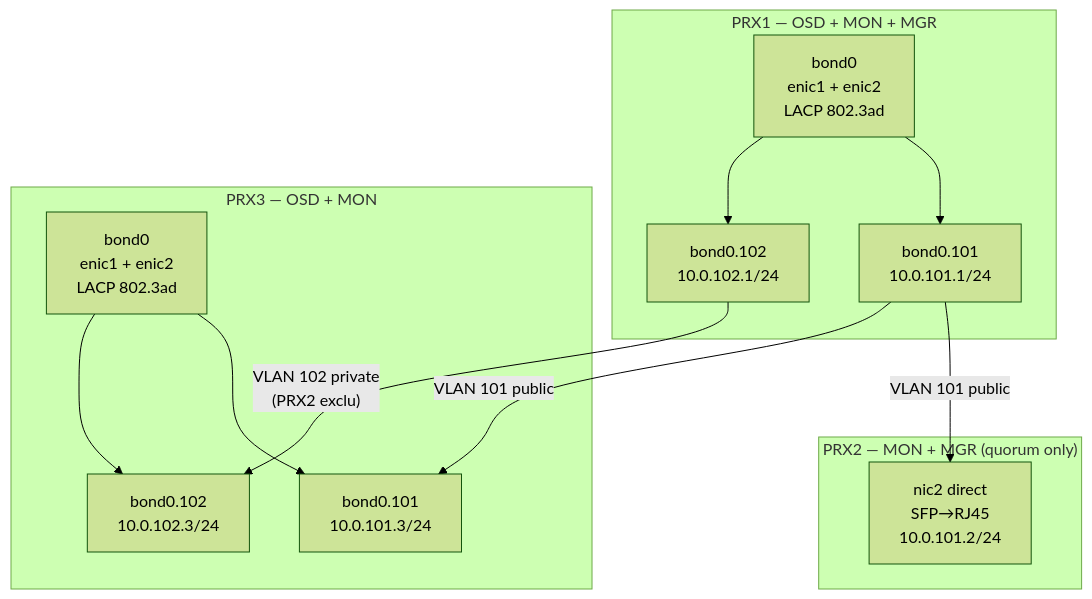
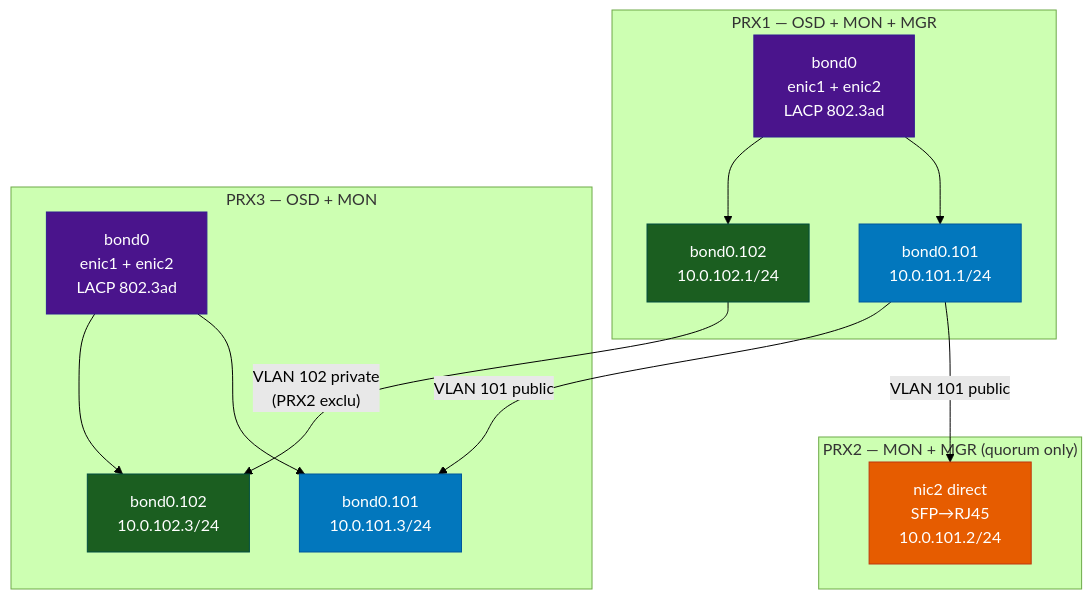
The third of 3 diagrams in README.md (astronas/ynov-virtu), drawn with Mermaid (forest theme) before and after one commit. The commit also changed other lines of this file and 1 other file, not shown here.

Commit message:
feat: colorize mermaid diagrams, add switch image placeholder

````diff
--- a/README.md
+++ b/README.md
@@ -61,26 +78,31 @@
 ```mermaid
 graph TD
+    classDef bond   fill:#4a148c,stroke:#311b92,color:#fff
+    classDef pub    fill:#0277bd,stroke:#01579b,color:#fff
+    classDef priv   fill:#1b5e20,stroke:#004d40,color:#fff
+    classDef direct fill:#e65c00,stroke:#bf360c,color:#fff
+
     subgraph PRX1["PRX1 — OSD + MON + MGR"]
-        B1["bond0\nenic1 + enic2\nLACP 802.3ad"]
-        P101A["bond0.101\n10.0.101.1/24"]
-        P102A["bond0.102\n10.0.102.1/24"]
+        B1["bond0\nenic1 + enic2\nLACP 802.3ad"]:::bond
+        P101A["bond0.101\n10.0.101.1/24"]:::pub
+        P102A["bond0.102\n10.0.102.1/24"]:::priv
         B1 --> P101A
         B1 --> P102A
     end
 
     subgraph PRX2["PRX2 — MON + MGR (quorum only)"]
-        N2["nic2 direct\nSFP→RJ45\n10.0.101.2/24"]
+        N2["nic2 direct\nSFP→RJ45\n10.0.101.2/24"]:::direct
     end
 
     subgraph PRX3["PRX3 — OSD + MON"]
-        B3["bond0\nenic1 + enic2\nLACP 802.3ad"]
-        P101C["bond0.101\n10.0.101.3/24"]
-        P102C["bond0.102\n10.0.102.3/24"]
+        B3["bond0\nenic1 + enic2\nLACP 802.3ad"]:::bond
+        P101C["bond0.101\n10.0.101.3/24"]:::pub
+        P102C["bond0.102\n10.0.102.3/24"]:::priv
         B3 --> P101C
         B3 --> P102C
     end
 
     P101A -- "VLAN 101 public" --> N2
     P101A -- "VLAN 101 public" --> P101C
     P102A -- "VLAN 102 private\n(PRX2 exclu)" --> P102C
 ```
````
